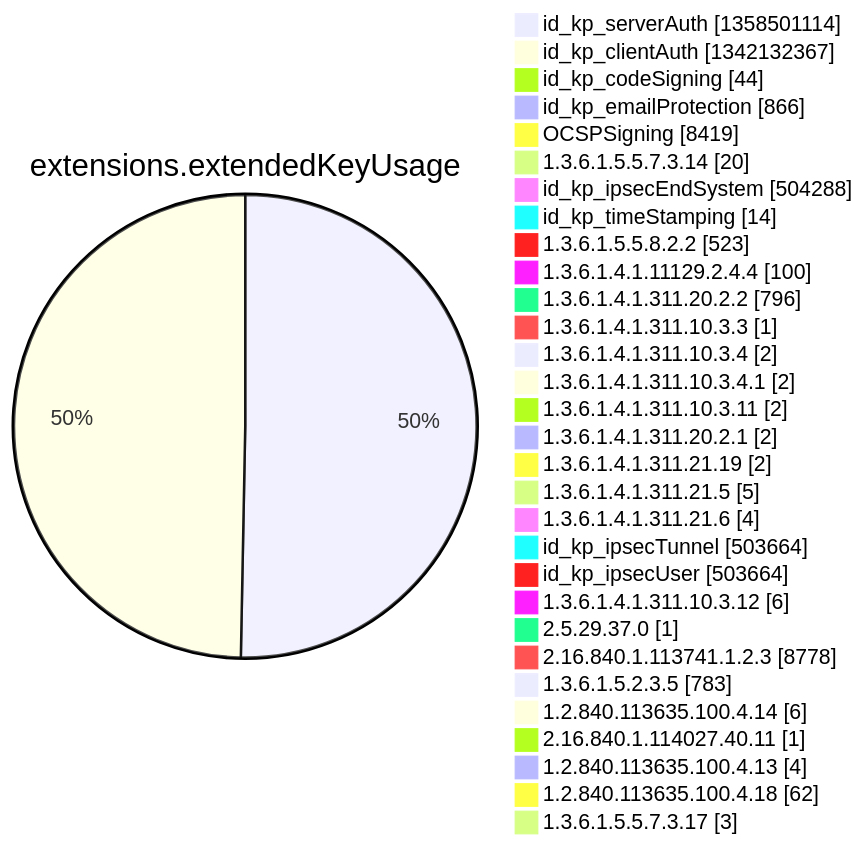
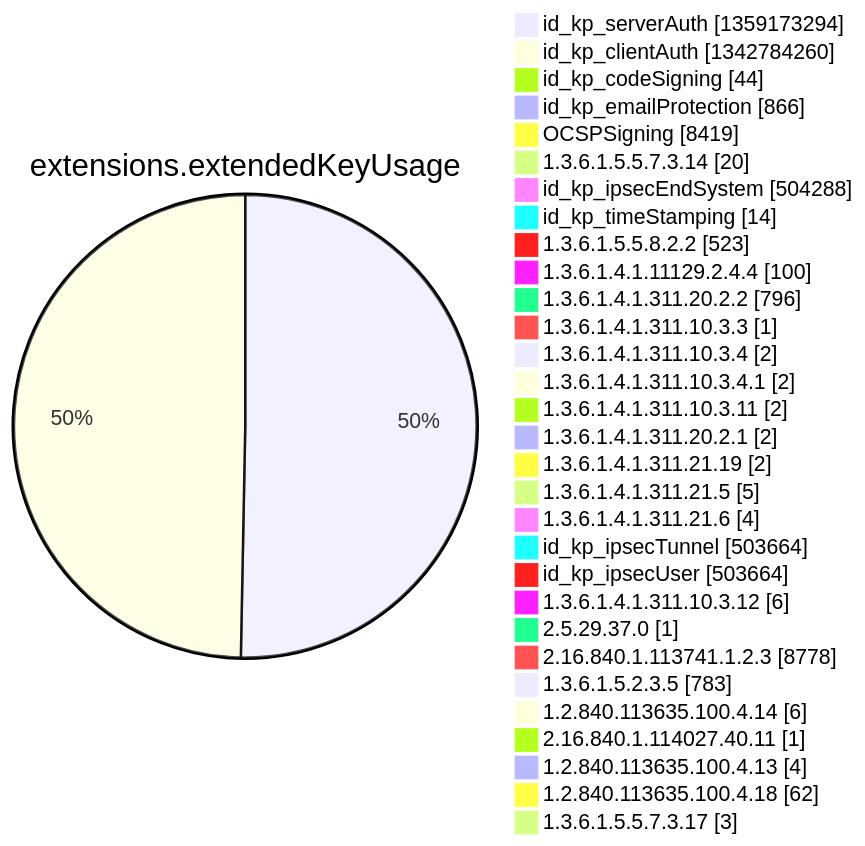
Before and after one commit to christiankrug/ctmonitor_visualization: diagram 12 of 15 in argon2022/README.md, drawn with Mermaid. The commit also changed other lines of this file, not shown here.

````diff
--- a/argon2022/README.md
+++ b/argon2022/README.md
@@ -3553,34 +3553,34 @@
 ```mermaid
 pie showData
 title extensions.extendedKeyUsage
-"id_kp_serverAuth" :1358501114
-"id_kp_clientAuth" :1342132367
+"id_kp_serverAuth" :1359173294
+"id_kp_clientAuth" :1342784260
 "id_kp_codeSigning" :44
 "id_kp_emailProtection" :866
 "OCSPSigning" :8419
 "1.3.6.1.5.5.7.3.14" :20
 "id_kp_ipsecEndSystem" :504288
 "id_kp_timeStamping" :14
 "1.3.6.1.5.5.8.2.2" :523
 "1.3.6.1.4.1.11129.2.4.4" :100
 "1.3.6.1.4.1.311.20.2.2" :796
 "1.3.6.1.4.1.311.10.3.3" :1
 "1.3.6.1.4.1.311.10.3.4" :2
 "1.3.6.1.4.1.311.10.3.4.1" :2
 "1.3.6.1.4.1.311.10.3.11" :2
 "1.3.6.1.4.1.311.20.2.1" :2
 "1.3.6.1.4.1.311.21.19" :2
 "1.3.6.1.4.1.311.21.5" :5
 "1.3.6.1.4.1.311.21.6" :4
 "id_kp_ipsecTunnel" :503664
 "id_kp_ipsecUser" :503664
 "1.3.6.1.4.1.311.10.3.12" :6
 "2.5.29.37.0" :1
 "2.16.840.1.113741.1.2.3" :8778
 "1.3.6.1.5.2.3.5" :783
 "1.2.840.113635.100.4.14" :6
 "2.16.840.1.114027.40.11" :1
 "1.2.840.113635.100.4.13" :4
 "1.2.840.113635.100.4.18" :62
 "1.3.6.1.5.5.7.3.17" :3
 ```
````
